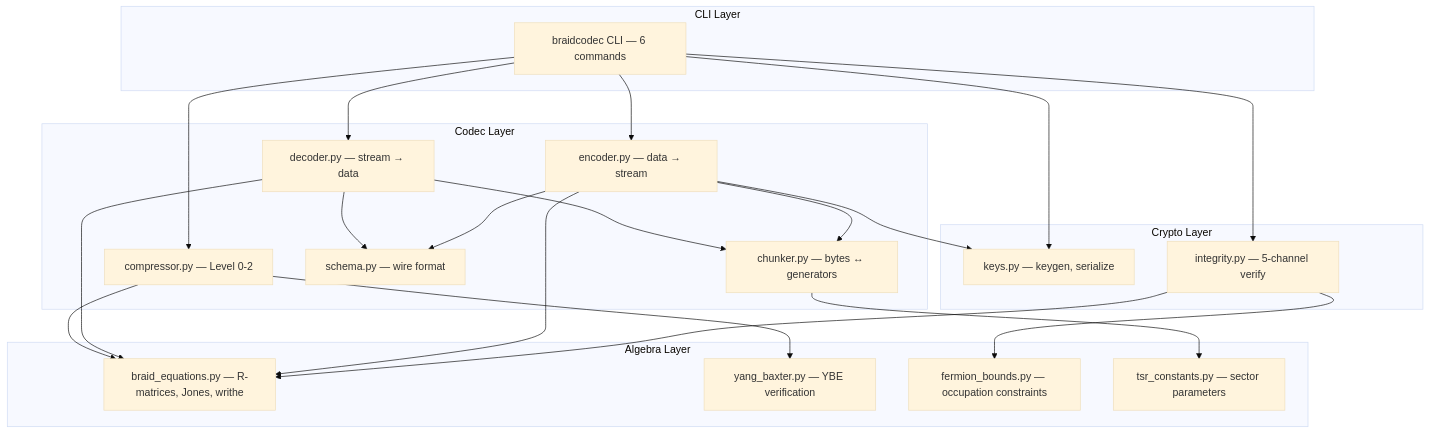
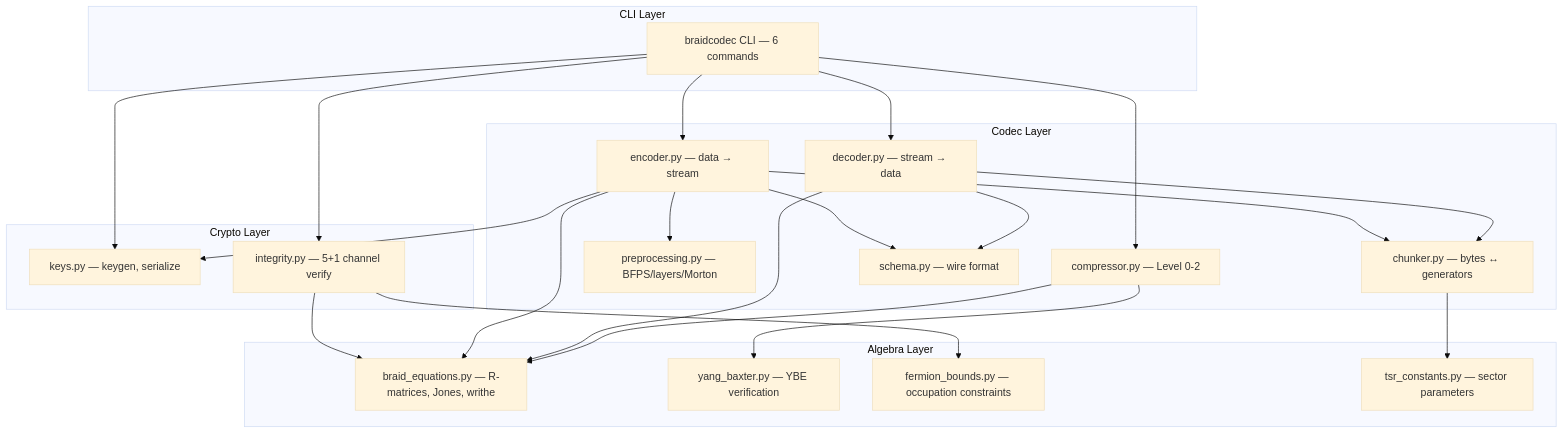
One commit to mehdiskouri/BraidCodec changed the first of 3 diagrams in docs/architecture.md. Above: the diagram before and after it, drawn with Mermaid (base theme). The commit also changed other lines of this file and 42 other files, not shown here.

````diff
--- a/docs/architecture.md
+++ b/docs/architecture.md
@@ -7,33 +7,34 @@
 ```mermaid
 flowchart TB
     subgraph L3[CLI Layer]
         CLI[braidcodec CLI — 6 commands]
     end
 
     subgraph L2[Crypto Layer]
         K[keys.py — keygen, serialize]
-        INT[integrity.py — 5-channel verify]
+        INT[integrity.py — 5+1 channel verify]
     end
 
     subgraph L1[Codec Layer]
         ENC[encoder.py — data → stream]
         DEC[decoder.py — stream → data]
         CHK[chunker.py — bytes ↔ generators]
+        PRE[preprocessing.py — BFPS/layers/Morton]
         CMP[compressor.py — Level 0-2]
         SCH[schema.py — wire format]
     end
 
     subgraph L0[Algebra Layer]
         BE[braid_equations.py — R-matrices, Jones, writhe]
         YB[yang_baxter.py — YBE verification]
         FB[fermion_bounds.py — occupation constraints]
         TSR[tsr_constants.py — sector parameters]
     end
 
     CLI --> K & INT & ENC & DEC & CMP
     INT --> BE & FB
-    ENC --> CHK & BE & SCH & K
+    ENC --> CHK & PRE & BE & SCH & K
     DEC --> CHK & BE & SCH
     CMP --> BE & YB
     CHK --> TSR
 ```
````
